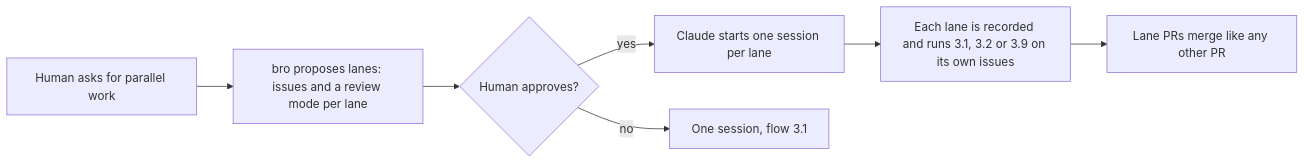
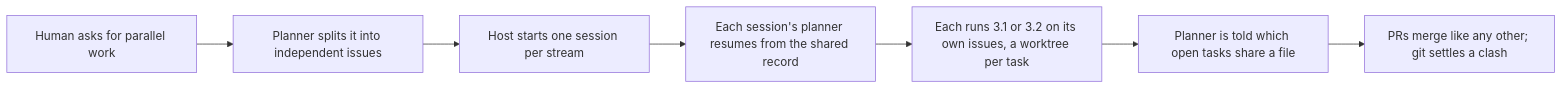
Diagram 14 of 24 in docs/architecture/FLOWS.md (trustmybot/tmb), drawn with Mermaid before and after one commit. The commit also changed other lines of this file and 38 other files, not shown here.

````diff
--- a/docs/architecture/FLOWS.md
+++ b/docs/architecture/FLOWS.md
@@ -175,9 +226,9 @@
 ```mermaid
 flowchart LR
-    A[Human asks for parallel work] --> C[bro proposes lanes: issues and a review mode per lane]
-    C --> D{Human approves?}
-    D -- yes --> E[Claude starts one session per lane]
-    E --> F[Each lane is recorded and runs 3.1, 3.2 or 3.9 on its own issues]
-    F --> G[Lane PRs merge like any other PR]
-    D -- no --> S[One session, flow 3.1]
+    A["Human asks for parallel work"] --> B["Planner splits it into independent issues"]
+    B --> C["Host starts one session per stream"]
+    C --> D["Each session's planner resumes from the shared record"]
+    D --> E["Each runs 3.1 or 3.2 on its own issues, a worktree per task"]
+    E --> F["Planner is told which open tasks share a file"]
+    F --> G["PRs merge like any other; git settles a clash"]
 ```
````
